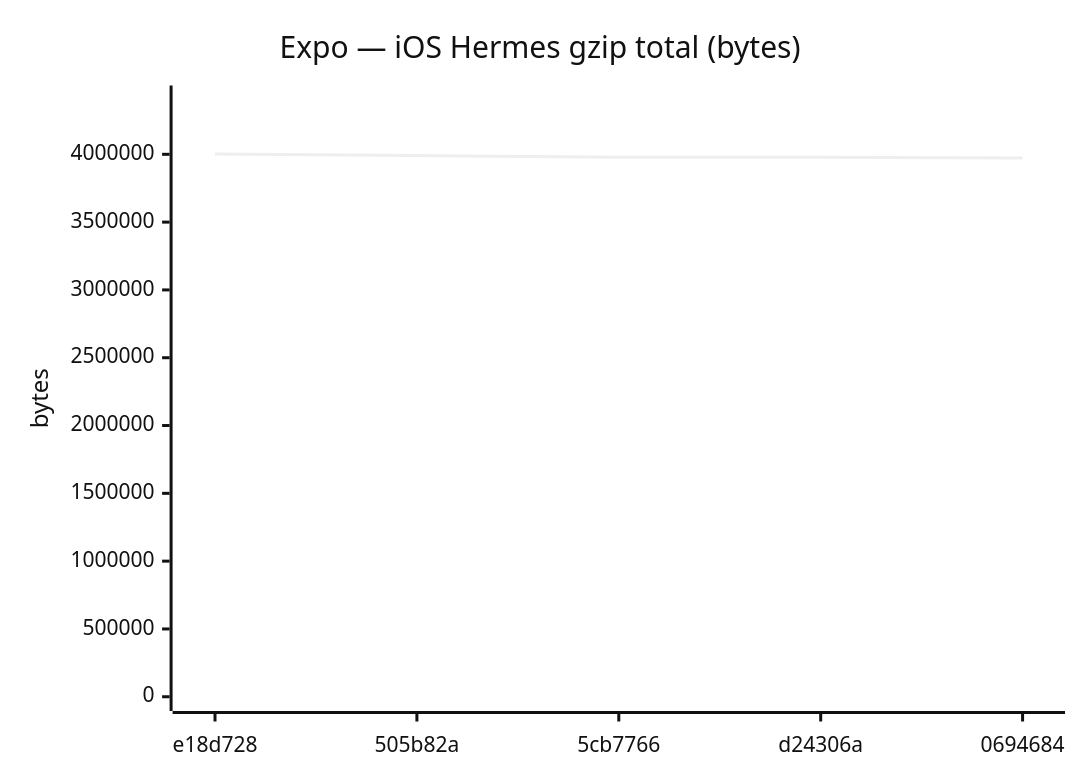
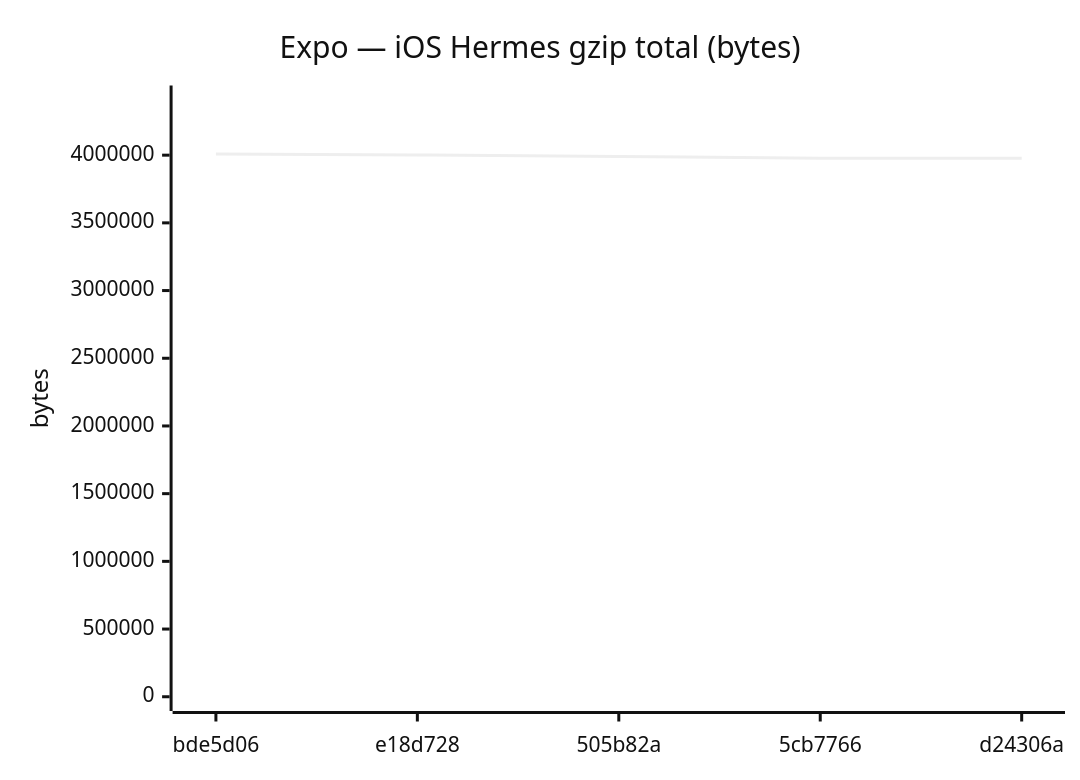
Diagram 12 of 18 in benchmarks/compare.md (Metaheurist/Rianell), drawn with Mermaid (neutral theme) before and after one commit. The commit also changed other lines of this file and 11 other files, not shown here.

````diff
--- a/benchmarks/compare.md
+++ b/benchmarks/compare.md
@@ -179,7 +179,7 @@
 ```mermaid
 xychart-beta
     title "Expo — iOS Hermes gzip total (bytes)"
-    x-axis ["e18d728", "505b82a", "5cb7766", "d24306a", "0694684"]
-    y-axis "bytes" 0 --> 4402328
-    line [4002116, 3990384, 3978033, 3978036, 3971946]
+    x-axis ["bde5d06", "e18d728", "505b82a", "5cb7766", "d24306a"]
+    y-axis "bytes" 0 --> 4409317
+    line [4008470, 4002116, 3990384, 3978033, 3978036]
 ```
````
